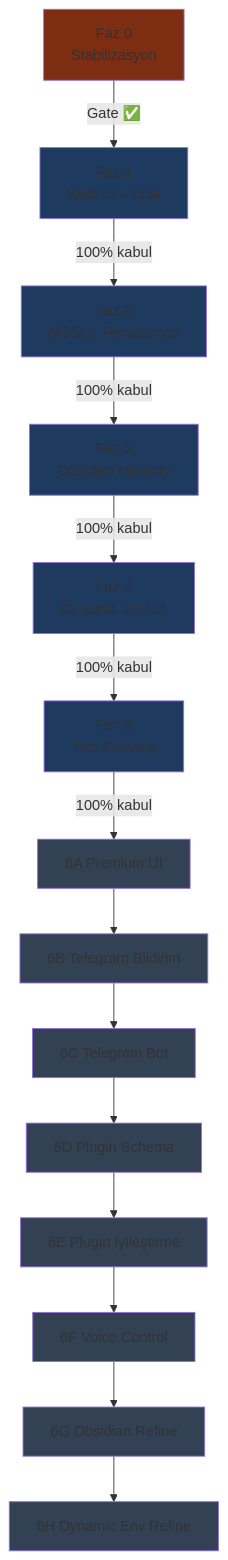
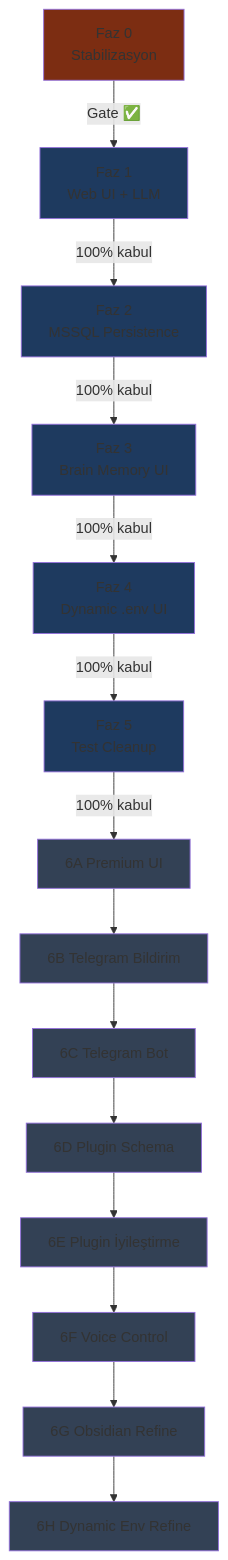
The diagram in docs/roadmap/EXECUTION-ORDER.md (hsynalv/Felix-Hub), drawn with Mermaid before and after one commit. The commit also changed other lines of this file and 42 other files, not shown here.

First line of the commit message:
feat(brain): introduce Brain Memory UI and Obsidian export functionality

````diff
--- a/docs/roadmap/EXECUTION-ORDER.md
+++ b/docs/roadmap/EXECUTION-ORDER.md
@@ -26,40 +26,40 @@
 ```mermaid
 flowchart TB
     P0["Faz 0<br/>Stabilizasyon"]
     P1["Faz 1<br/>Web UI + LLM"]
     P2["Faz 2<br/>MSSQL Persistence"]
-    P3["Faz 3<br/>Obsidian Memory"]
+    P3["Faz 3<br/>Brain Memory UI"]
     P4["Faz 4<br/>Dynamic .env UI"]
     P5["Faz 5<br/>Test Cleanup"]
     P6A["6A Premium UI"]
     P6B["6B Telegram Bildirim"]
     P6C["6C Telegram Bot"]
     P6D["6D Plugin Schema"]
     P6E["6E Plugin İyileştirme"]
     P6F["6F Voice Control"]
     P6G["6G Obsidian Refine"]
     P6H["6H Dynamic Env Refine"]
 
     P0 -->|"Gate ✅"| P1
     P1 -->|"100% kabul"| P2
     P2 -->|"100% kabul"| P3
     P3 -->|"100% kabul"| P4
     P4 -->|"100% kabul"| P5
     P5 -->|"100% kabul"| P6A
     P6A --> P6B --> P6C --> P6D --> P6E --> P6F --> P6G --> P6H
 
     style P0 fill:#7c2d12
     style P1 fill:#1e3a5f
     style P2 fill:#1e3a5f
     style P3 fill:#1e3a5f
     style P4 fill:#1e3a5f
     style P5 fill:#1e3a5f
     style P6A fill:#334155
     style P6B fill:#334155
     style P6C fill:#334155
     style P6D fill:#334155
     style P6E fill:#334155
     style P6F fill:#334155
     style P6G fill:#334155
     style P6H fill:#334155
 ```
````
